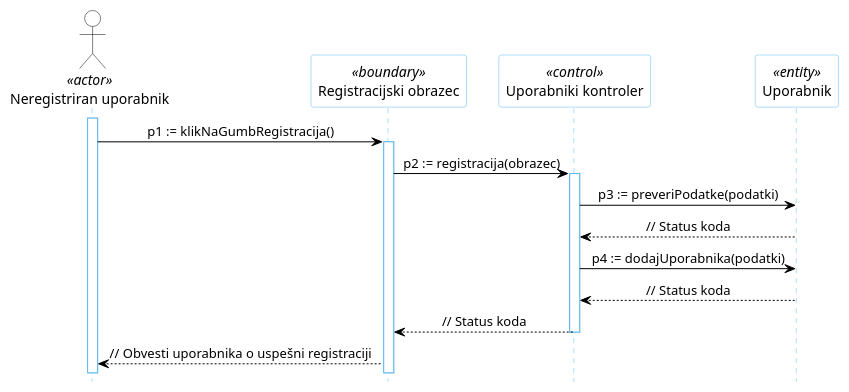
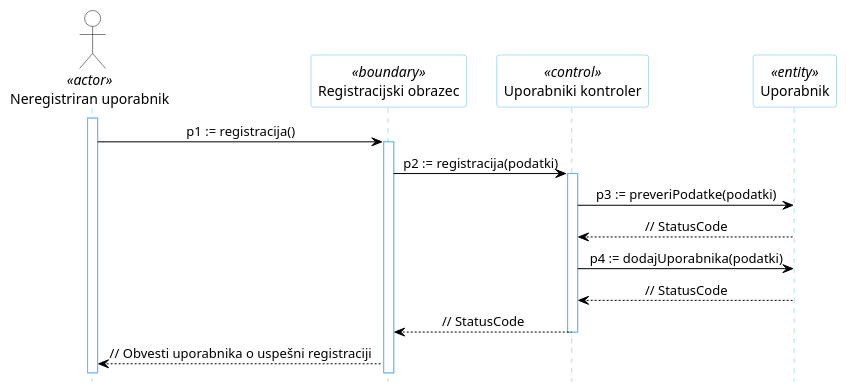
The diagram in docs/gradivo/plantuml/DZ/01a.puml (kupinah/test-tpo), drawn with PlantUML before and after one commit. The commit also changed 36 other files, not shown here.

```diff
--- a/docs/gradivo/plantuml/DZ/01a.puml
+++ b/docs/gradivo/plantuml/DZ/01a.puml
@@ -1,31 +1,31 @@
 @startuml
 hide footbox
 
 skinparam backgroundcolor transparent
 skinparam defaultTextAlignment center
 skinparam actorBorderColor black
 skinparam actorBackgroundColor white
 skinparam arrowColor black  
 skinparam sequenceLifeLineBorderColor #5FB8EC
 skinparam sequenceParticipantBorderColor #5FB8EC
 skinparam sequenceParticipantBackgroundColor white
 
 actor "Neregistriran uporabnik" AS U1 <<actor>>
 
 participant "Registracijski obrazec" as R5 <<boundary>>
 participant "Uporabniki kontroler" as R2 <<control>>
 participant "Uporabnik" as R4 <<entity>>
 
 activate U1
-U1 -> R5: p1 := klikNaGumbRegistracija()
+U1 -> R5: p1 := registracija()
 activate R5
-R5 -> R2: p2 := registracija(obrazec)
+R5 -> R2: p2 := registracija(podatki)
 activate R2
 R2 -> R4: p3 := preveriPodatke(podatki)
-R4 --> R2: // Status koda
+R4 --> R2: // StatusCode
 R2 -> R4: p4 := dodajUporabnika(podatki)
-R4 --> R2: // Status koda
-R2 --> R5: // Status koda
+R4 --> R2: // StatusCode
+R2 --> R5: // StatusCode
 deactivate R2
 R5 --> U1: // Obvesti uporabnika o uspešni registraciji
 @enduml
```
